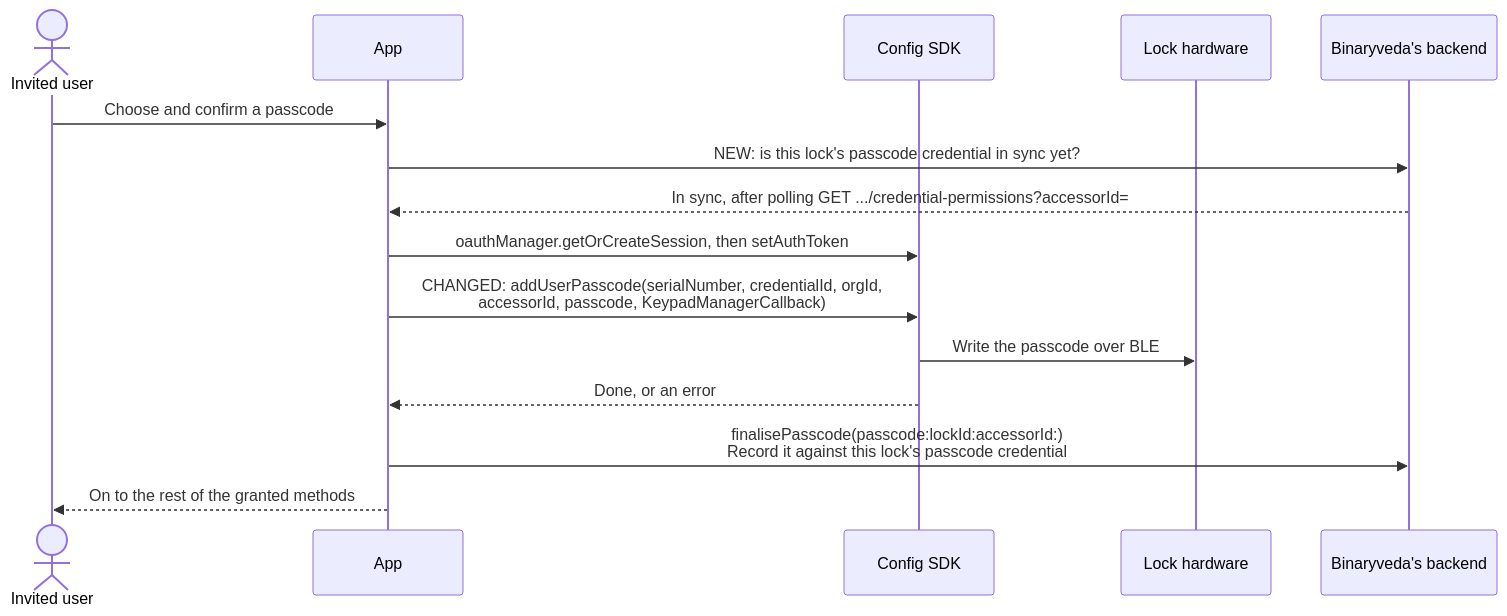
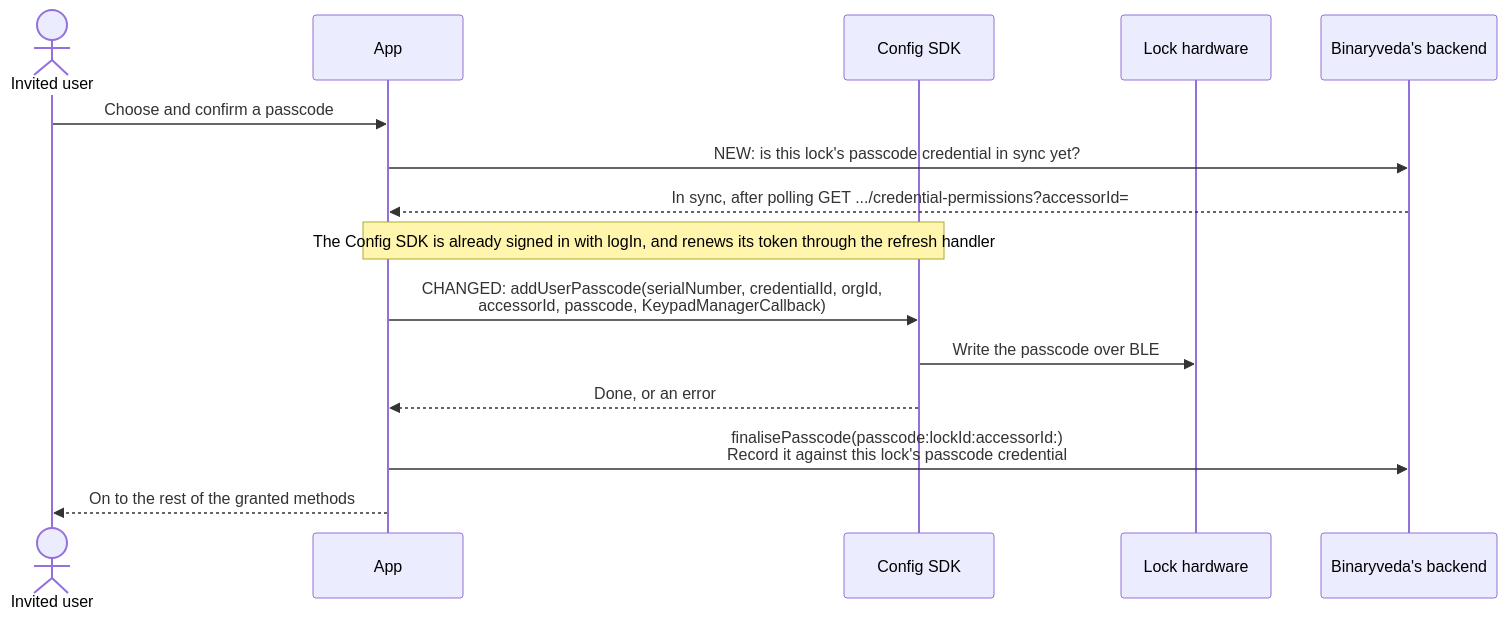
The ninth of 10 diagrams in docs/user-management.md (spintly-integrations-support/godrej-software-guide), drawn with Mermaid before and after one commit. The commit also changed other lines of this file and 7 other files, not shown here.

First line of the commit message:
Add Config SDK guide page; move to the new Config SDK sign-in

````diff
--- a/docs/user-management.md
+++ b/docs/user-management.md
@@ -301,18 +301,18 @@
 ```mermaid
 sequenceDiagram
     actor U as Invited user
     participant A as App
     participant C as Config SDK
     participant L as Lock hardware
     participant B as Binaryveda's backend
 
     U->>A: Choose and confirm a passcode
     A->>B: NEW: is this lock's passcode credential in sync yet?
     B-->>A: In sync, after polling GET .../credential-permissions?accessorId=
-    A->>C: oauthManager.getOrCreateSession, then setAuthToken
+    Note over A,C: The Config SDK is already signed in with logIn, and renews its token through the refresh handler
     A->>C: CHANGED: addUserPasscode(serialNumber, credentialId, orgId,<br/>accessorId, passcode, KeypadManagerCallback)
     C->>L: Write the passcode over BLE
     C-->>A: Done, or an error
     A->>B: finalisePasscode(passcode:lockId:accessorId:)<br/>Record it against this lock's passcode credential
     A-->>U: On to the rest of the granted methods
 ```
````
